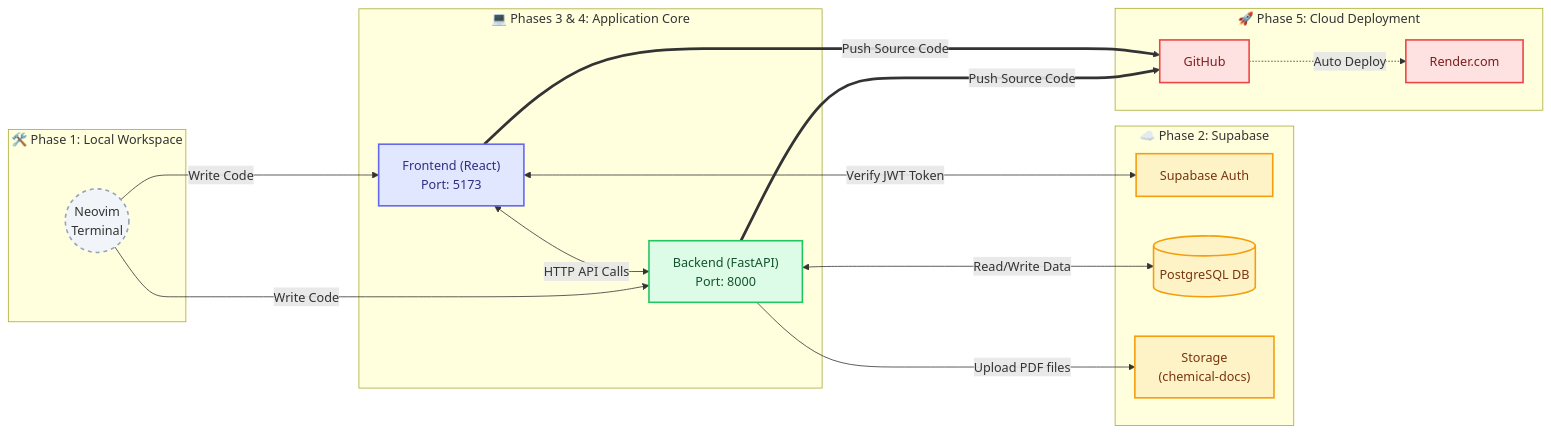
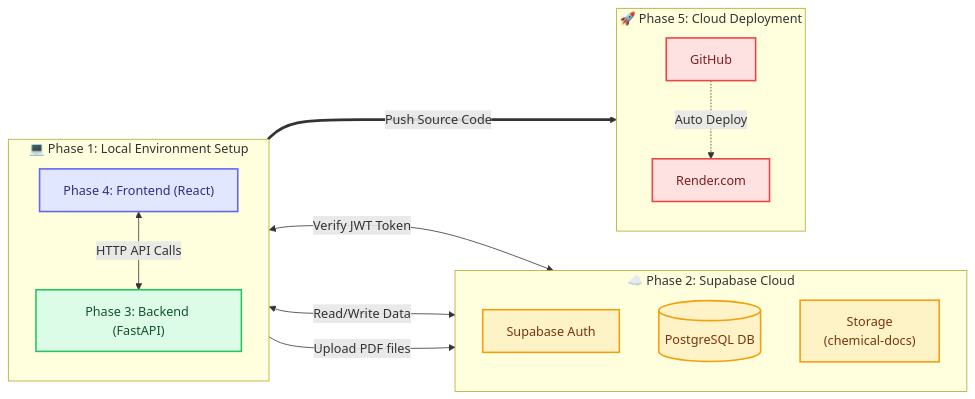
One commit to kneknew/tremon_hse changed the first of 5 diagrams in README.md. Above: the diagram before and after it, drawn with Mermaid.

Commit message:
Revise flowchart for local environment and phases
Updated the flowchart in the README to reflect changes in phase definitions and structure.

````diff
--- a/README.md
+++ b/README.md
@@ -27,49 +27,44 @@
 ```mermaid
 flowchart LR
     %% Color definitions for specific areas
-    classDef phase1 fill:#f1f5f9,stroke:#94a3b8,stroke-width:2px,stroke-dasharray: 5 5;
     classDef frontend fill:#e0e7ff,stroke:#6366f1,stroke-width:2px,color:#312e81;
     classDef backend fill:#dcfce7,stroke:#22c55e,stroke-width:2px,color:#14532d;
     classDef cloud fill:#fef3c7,stroke:#f59e0b,stroke-width:2px,color:#78350f;
     classDef deploy fill:#fee2e2,stroke:#ef4444,stroke-width:2px,color:#7f1d1d;
+    classDef phase1 fill:#f8fafc,stroke:#94a3b8,stroke-width:2px,stroke-dasharray: 5 5;
 
-    %% Phase 1: Local Environment
-    subgraph P1 ["🛠️ Phase 1: Local Workspace"]
-        Dev((Neovim<br/>Terminal)):::phase1
-    end
-
-    %% Phase 3 & 4: Application Core
-    subgraph App ["💻 Phases 3 & 4: Application Core"]
-        UI["Frontend (React)<br/>Port: 5173"]:::frontend
-        API["Backend (FastAPI)<br/>Port: 8000"]:::backend
+    %% Phase 1 wrapping Phase 3 and 4
+    subgraph LocalEnv ["💻 Phase 1: Local Environment Setup"]
+        direction TB
+        
+        UI["Phase 4: Frontend (React)<br/>"]:::frontend
+        API["Phase 3: Backend (FastAPI)<br/>"]:::backend
         
         UI <-->|HTTP API Calls| API
     end
 
     %% Phase 2: Cloud Database & Storage
-    subgraph P2 ["☁️ Phase 2: Supabase"]
+    subgraph P2 ["☁️ Phase 2: Supabase Cloud"]
+        direction TB
         Auth["Supabase Auth"]:::cloud
         DB[("PostgreSQL DB")]:::cloud
         Storage["Storage<br/>(chemical-docs)"]:::cloud
     end
 
     %% Phase 5: Cloud Deployment
     subgraph P5 ["🚀 Phase 5: Cloud Deployment"]
+        direction TB
         Git["GitHub"]:::deploy
         Render["Render.com"]:::deploy
         
         Git -.->|Auto Deploy| Render
     end
-
-    %% Workflow connections
-    Dev --->|Write Code| UI
-    Dev --->|Write Code| API
 
     %% Data connections
     UI <-->|Verify JWT Token| Auth
     API <-->|Read/Write Data| DB
     API --->|Upload PDF files| Storage
 
     %% Deployment connections
-    UI & API ===>|Push Source Code| Git
+    LocalEnv ===>|Push Source Code| Git
 ```
````
